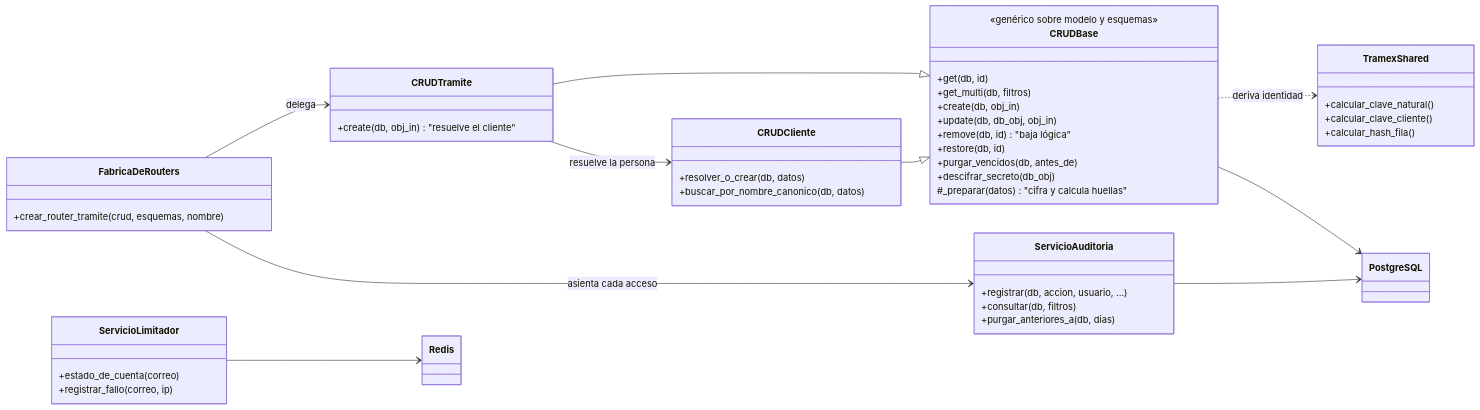
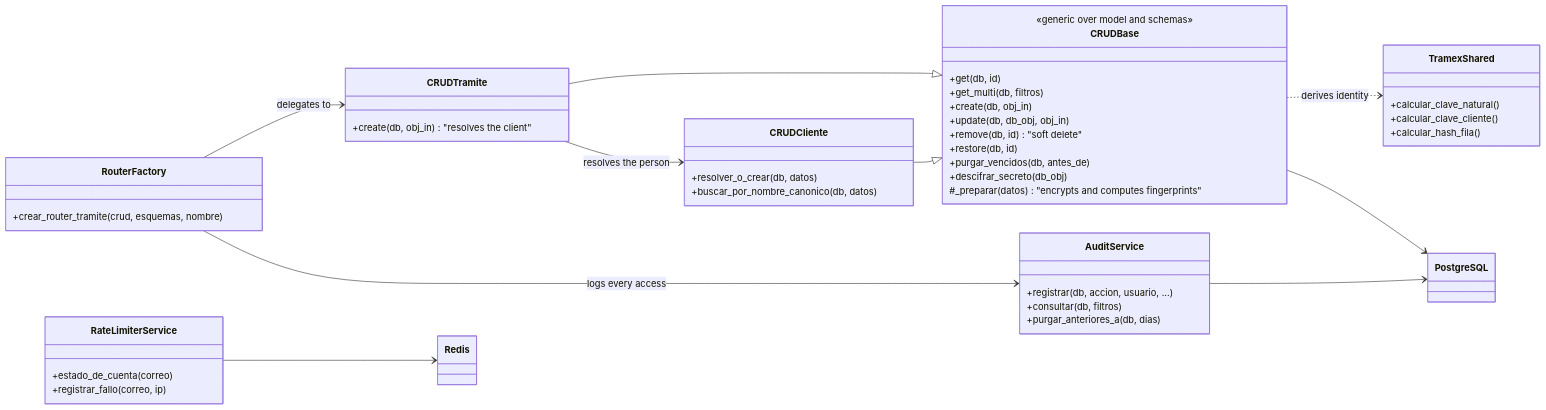
Before and after one commit to alexander-tinoco/tramex-etl: the third of 4 diagrams in README.md, drawn with Mermaid. The commit also changed other lines of this file and 10 other files, not shown here.

````diff
--- a/README.md
+++ b/README.md
@@ -334,51 +335,51 @@
 ```mermaid
 classDiagram
     direction LR
 
-    class FabricaDeRouters {
+    class RouterFactory {
         +crear_router_tramite(crud, esquemas, nombre)
     }
     class CRUDBase {
-        <<genérico sobre modelo y esquemas>>
+        <<generic over model and schemas>>
         +get(db, id)
         +get_multi(db, filtros)
         +create(db, obj_in)
         +update(db, db_obj, obj_in)
-        +remove(db, id) "baja lógica"
+        +remove(db, id) "soft delete"
         +restore(db, id)
         +purgar_vencidos(db, antes_de)
         +descifrar_secreto(db_obj)
-        #_preparar(datos) "cifra y calcula huellas"
+        #_preparar(datos) "encrypts and computes fingerprints"
     }
     class CRUDTramite {
-        +create(db, obj_in) "resuelve el cliente"
+        +create(db, obj_in) "resolves the client"
     }
     class CRUDCliente {
         +resolver_o_crear(db, datos)
         +buscar_por_nombre_canonico(db, datos)
     }
-    class ServicioAuditoria {
+    class AuditService {
         +registrar(db, accion, usuario, ...)
         +consultar(db, filtros)
         +purgar_anteriores_a(db, dias)
     }
-    class ServicioLimitador {
+    class RateLimiterService {
         +estado_de_cuenta(correo)
         +registrar_fallo(correo, ip)
     }
     class TramexShared {
         +calcular_clave_natural()
         +calcular_clave_cliente()
         +calcular_hash_fila()
     }
 
-    FabricaDeRouters --> CRUDTramite : delega
-    FabricaDeRouters --> ServicioAuditoria : asienta cada acceso
+    RouterFactory --> CRUDTramite : delegates to
+    RouterFactory --> AuditService : logs every access
     CRUDTramite --|> CRUDBase
     CRUDCliente --|> CRUDBase
-    CRUDTramite --> CRUDCliente : resuelve la persona
-    CRUDBase ..> TramexShared : deriva identidad
-    ServicioLimitador --> Redis
-    ServicioAuditoria --> PostgreSQL
+    CRUDTramite --> CRUDCliente : resolves the person
+    CRUDBase ..> TramexShared : derives identity
+    RateLimiterService --> Redis
+    AuditService --> PostgreSQL
     CRUDBase --> PostgreSQL
 ```
````
